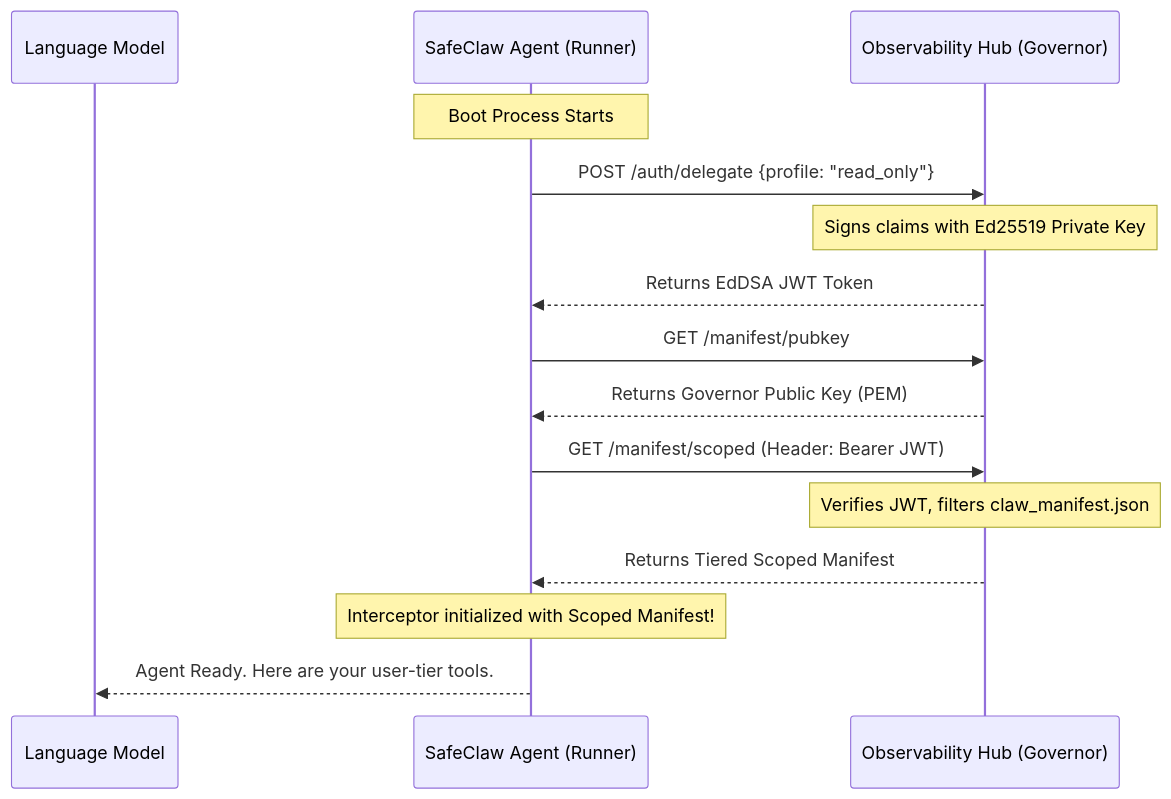
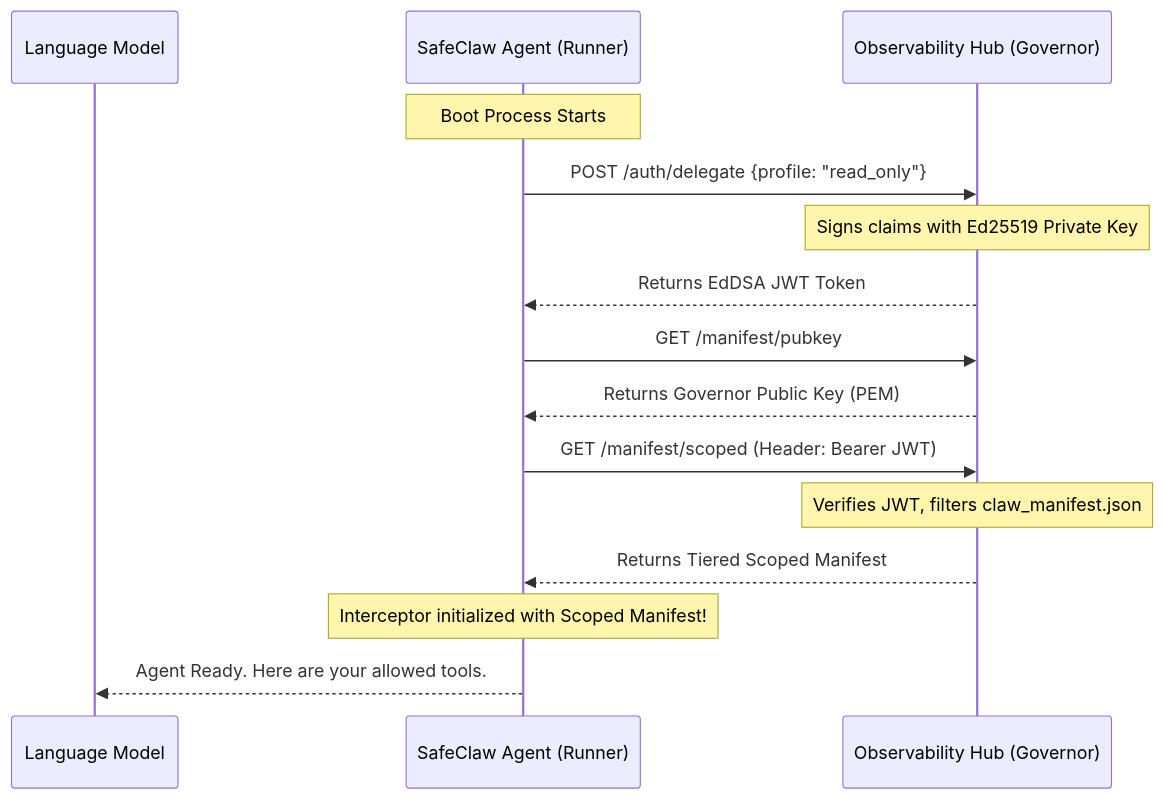
Before and after one commit to surfiniaburger/med-safety-gym-v2: the second of 7 diagrams in safeclaw_blueprint/DELEGATION_FLOW_DOCUMENTATION.md, drawn with Mermaid. The commit also changed other lines of this file, not shown here.

Commit message:
docs: expand delegation flow with detailed tier and interceptor diagrams

````diff
--- a/safeclaw_blueprint/DELEGATION_FLOW_DOCUMENTATION.md
+++ b/safeclaw_blueprint/DELEGATION_FLOW_DOCUMENTATION.md
@@ -45,21 +45,21 @@
 ```mermaid
 sequenceDiagram
     participant LLM as Language Model
     participant Agent as SafeClaw Agent (Runner)
     participant Hub as Observability Hub (Governor)
 
     Note over Agent: Boot Process Starts
     Agent->>Hub: POST /auth/delegate {profile: "read_only"}
     Note over Hub: Signs claims with Ed25519 Private Key
     Hub-->>Agent: Returns EdDSA JWT Token
     
     Agent->>Hub: GET /manifest/pubkey
     Hub-->>Agent: Returns Governor Public Key (PEM)
     
     Agent->>Hub: GET /manifest/scoped (Header: Bearer JWT)
     Note over Hub: Verifies JWT, filters claw_manifest.json
     Hub-->>Agent: Returns Tiered Scoped Manifest
     
     Note over Agent: Interceptor initialized with Scoped Manifest!
-    Agent-->>LLM: Agent Ready. Here are your user-tier tools.
+    Agent-->>LLM: Agent Ready. Here are your allowed tools.
 ```
````
